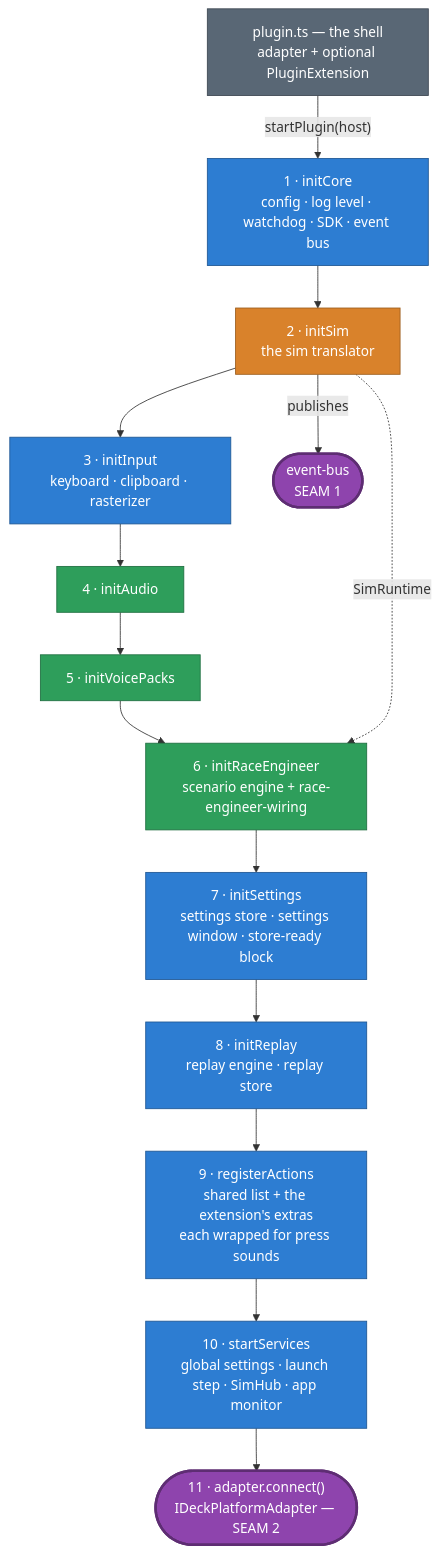
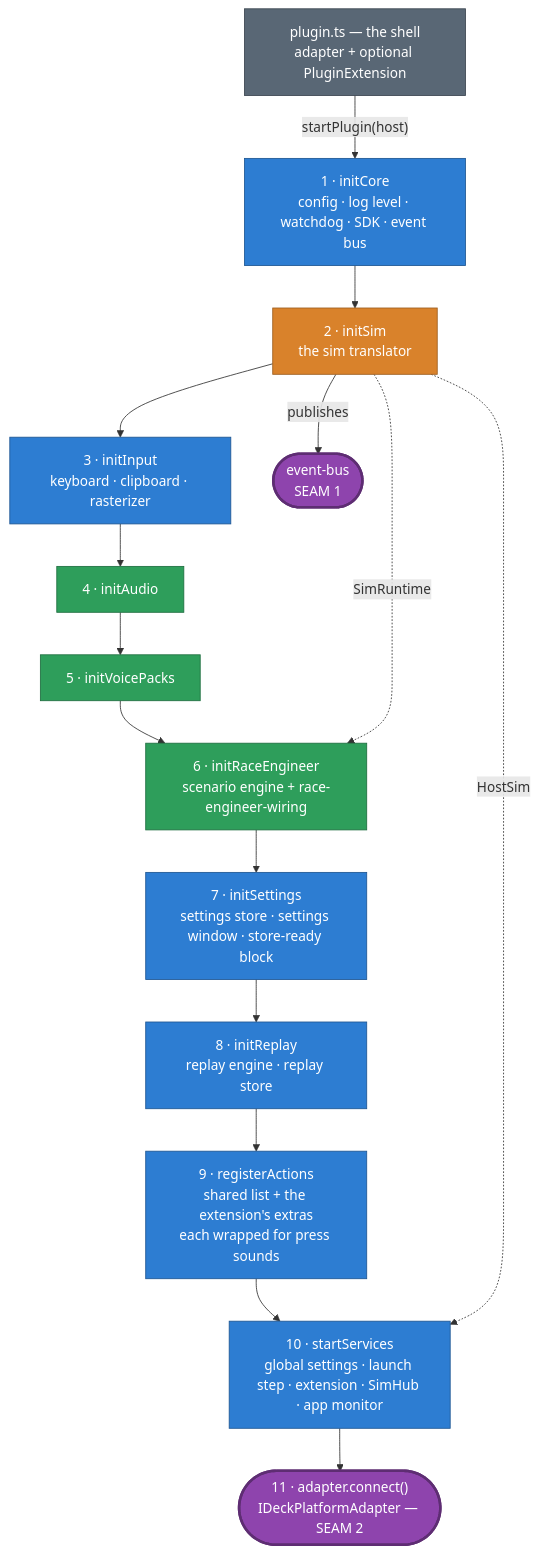
The seventh of 8 diagrams in packages/website/src/content/docs/docs/development/architecture.md (niklam/iracedeck), drawn with Mermaid before and after one commit. The commit also changed other lines of this file and 25 other files, not shown here.

First line of the commit message:
refactor(plugin-runtime): hand the session kind to the Stream Deck extension through the sim seam (#1500) (#1566)

````diff
--- a/packages/website/src/content/docs/docs/development/architecture.md
+++ b/packages/website/src/content/docs/docs/development/architecture.md
@@ -287,27 +287,28 @@
 ```mermaid
 flowchart TB
   shell["plugin.ts — the shell<br/>adapter + optional PluginExtension"]:::plugin
   p1["1 · initCore<br/>config · log level · watchdog · SDK · event bus"]:::core
   p2["2 · initSim<br/>the sim translator"]:::sim
   p3["3 · initInput<br/>keyboard · clipboard · rasterizer"]:::core
   p4["4 · initAudio"]:::audio
   p5["5 · initVoicePacks"]:::audio
   p6["6 · initRaceEngineer<br/>scenario engine + race-engineer-wiring"]:::audio
   p7["7 · initSettings<br/>settings store · settings window · store-ready block"]:::core
   p8["8 · initReplay<br/>replay engine · replay store"]:::core
   p9["9 · registerActions<br/>shared list + the extension's extras<br/>each wrapped for press sounds"]:::core
-  p10["10 · startServices<br/>global settings · launch step · SimHub · app monitor"]:::core
+  p10["10 · startServices<br/>global settings · launch step · extension · SimHub · app monitor"]:::core
   p11(["11 · adapter.connect()<br/>IDeckPlatformAdapter — SEAM 2"]):::seam
   bus(["event-bus<br/>SEAM 1"]):::seam
 
   shell -->|"startPlugin(host)"| p1
   p1 --> p2 --> p3 --> p4 --> p5 --> p6 --> p7 --> p8 --> p9 --> p10 --> p11
   p2 -->|"publishes"| bus
   p2 -.->|"SimRuntime"| p6
+  p2 -.->|"HostSim"| p10
 
   classDef sim fill:#d9822b,color:#fff,stroke:#9c5e1f;
   classDef seam fill:#8e44ad,color:#fff,stroke:#5e2d73,stroke-width:3px;
   classDef core fill:#2d7dd2,color:#fff,stroke:#1f5793;
   classDef audio fill:#2e9e5b,color:#fff,stroke:#1f6e40;
   classDef plugin fill:#596775,color:#fff,stroke:#3c4651;
 ```
````
